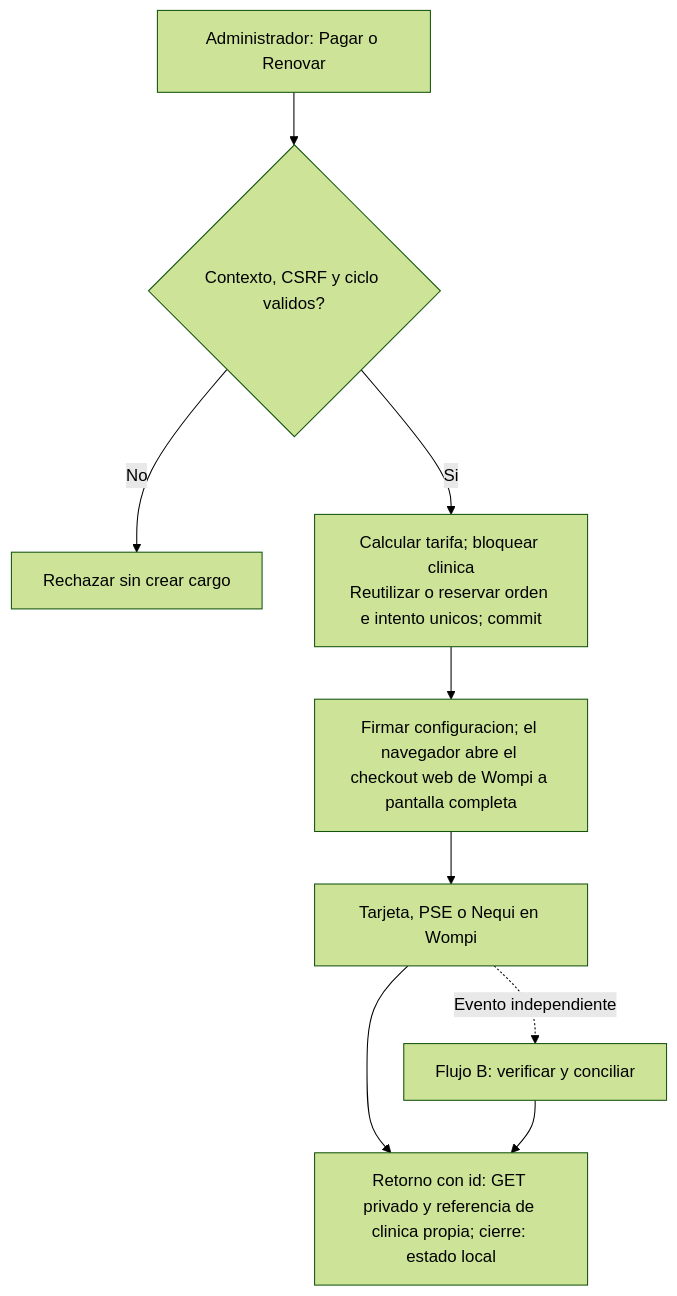
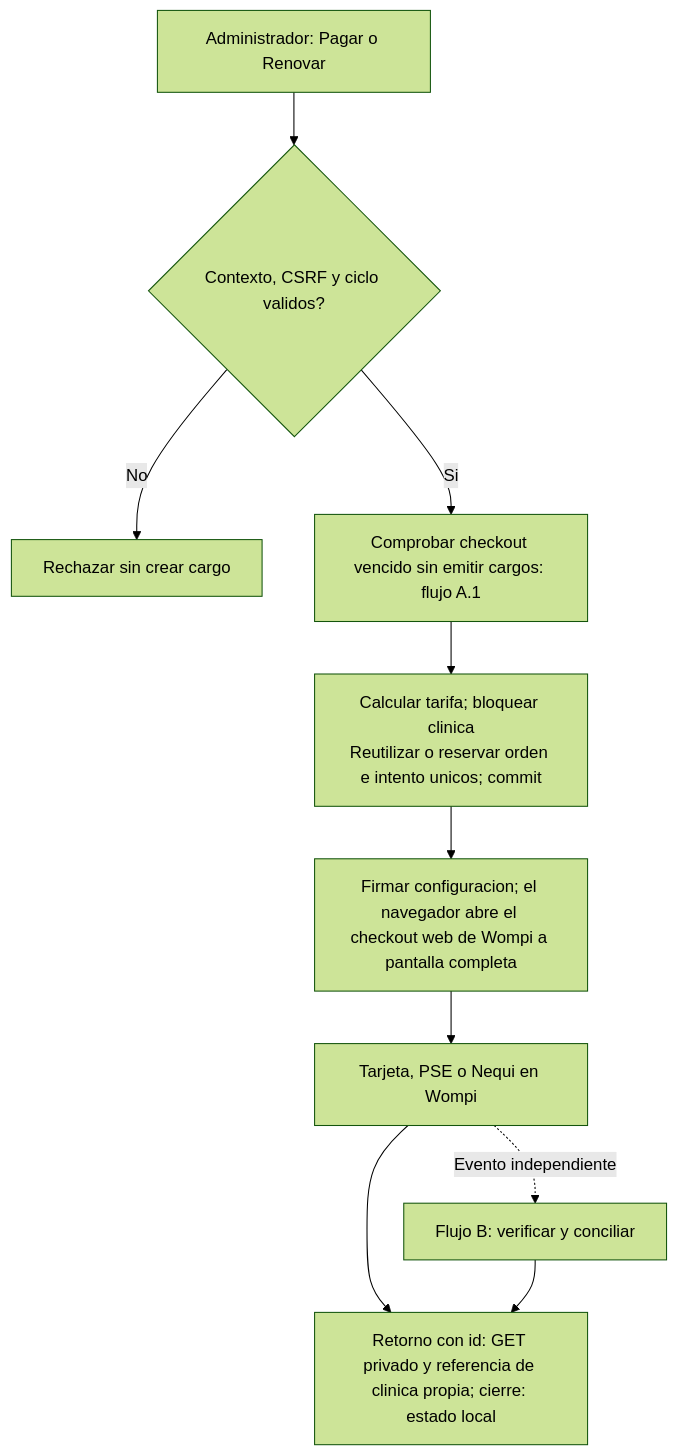
Before and after one commit to carvajal7lsch-commits/Zooki: diagram 32 of 38 in documentacion/Modelos.md, drawn with Mermaid (forest theme). The commit also changed other lines of this file and 28 other files, not shown here.

````diff
--- a/documentacion/Modelos.md
+++ b/documentacion/Modelos.md
@@ -1416,11 +1416,12 @@
 ```mermaid
 flowchart TD
   A["Administrador: Pagar o Renovar"] --> B{"Contexto, CSRF y ciclo validos?"}
   B -- No --> X["Rechazar sin crear cargo"]
-  B -- Si --> C["Calcular tarifa; bloquear clinica\nReutilizar o reservar orden e intento unicos; commit"]
+  B -- Si --> R["Comprobar checkout vencido sin emitir cargos: flujo A.1"]
+  R --> C["Calcular tarifa; bloquear clinica\nReutilizar o reservar orden e intento unicos; commit"]
   C --> D["Firmar configuracion; el navegador abre el checkout web de Wompi a pantalla completa"]
   D --> E["Tarjeta, PSE o Nequi en Wompi"]
   E --> F["Retorno con id: GET privado y referencia de clinica propia; cierre: estado local"]
   E -. "Evento independiente" .-> G["Flujo B: verificar y conciliar"]
   G --> F
 ```
````
